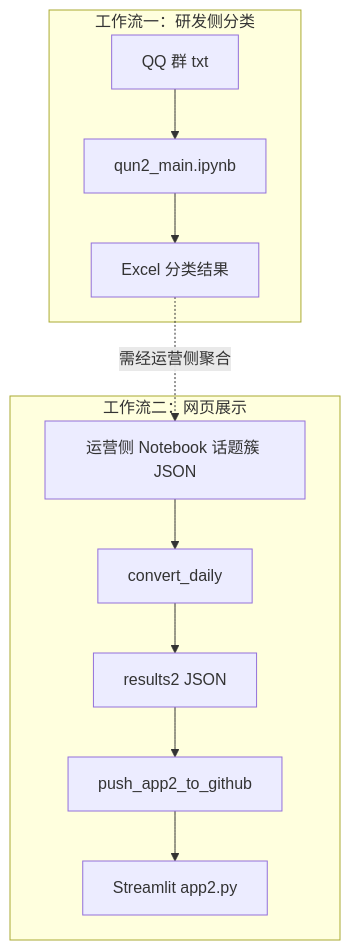
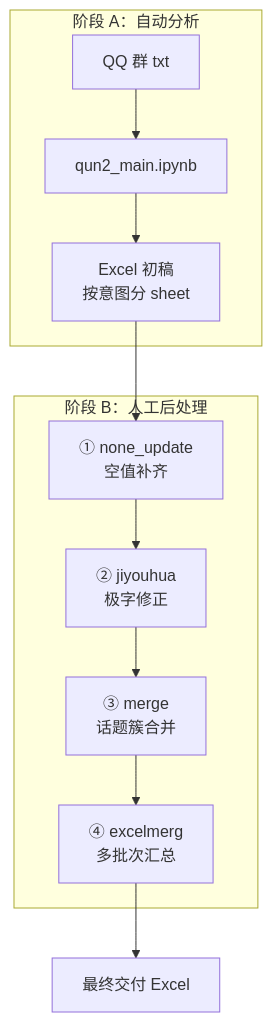
One commit to norie7k/player-community-workflow changed the diagram in README.md. Above: the diagram before and after it, drawn with Mermaid. The commit also changed other lines of this file and 15 other files, not shown here.

First line of the commit message:
Replace Streamlit push bundle with post-analysis data repair workflow.

````diff
--- a/README.md
+++ b/README.md
@@ -26,16 +26,16 @@
 ```mermaid
 flowchart TB
-    subgraph wf1 [工作流一：研发侧分类]
+    subgraph auto [阶段 A：自动分析]
         A[QQ 群 txt] --> B[qun2_main.ipynb]
-        B --> C[Excel 分类结果]
+        B --> C[Excel 初稿<br/>按意图分 sheet]
     end
 
-    subgraph wf2 [工作流二：网页展示]
-        D[运营侧 Notebook 话题簇 JSON] --> E[convert_daily]
-        E --> F[results2 JSON]
-        F --> G[push_app2_to_github]
-        G --> H[Streamlit app2.py]
+    subgraph manual [阶段 B：人工后处理]
+        C --> D[① none_update<br/>空值补齐]
+        D --> E[② jiyouhua<br/>极字修正]
+        E --> F[③ merge<br/>话题簇合并]
+        F --> G[④ excelmerg<br/>多批次汇总]
     end
 
-    C -.->|需经运营侧聚合| D
+    G --> H[最终交付 Excel]
 ```
````
